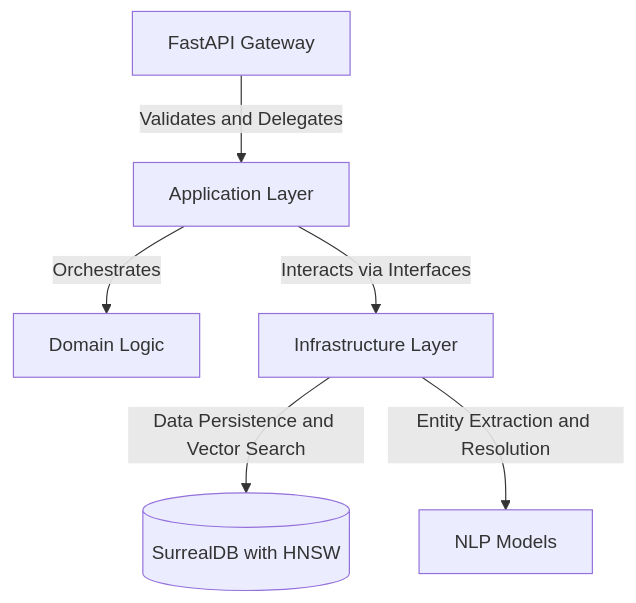
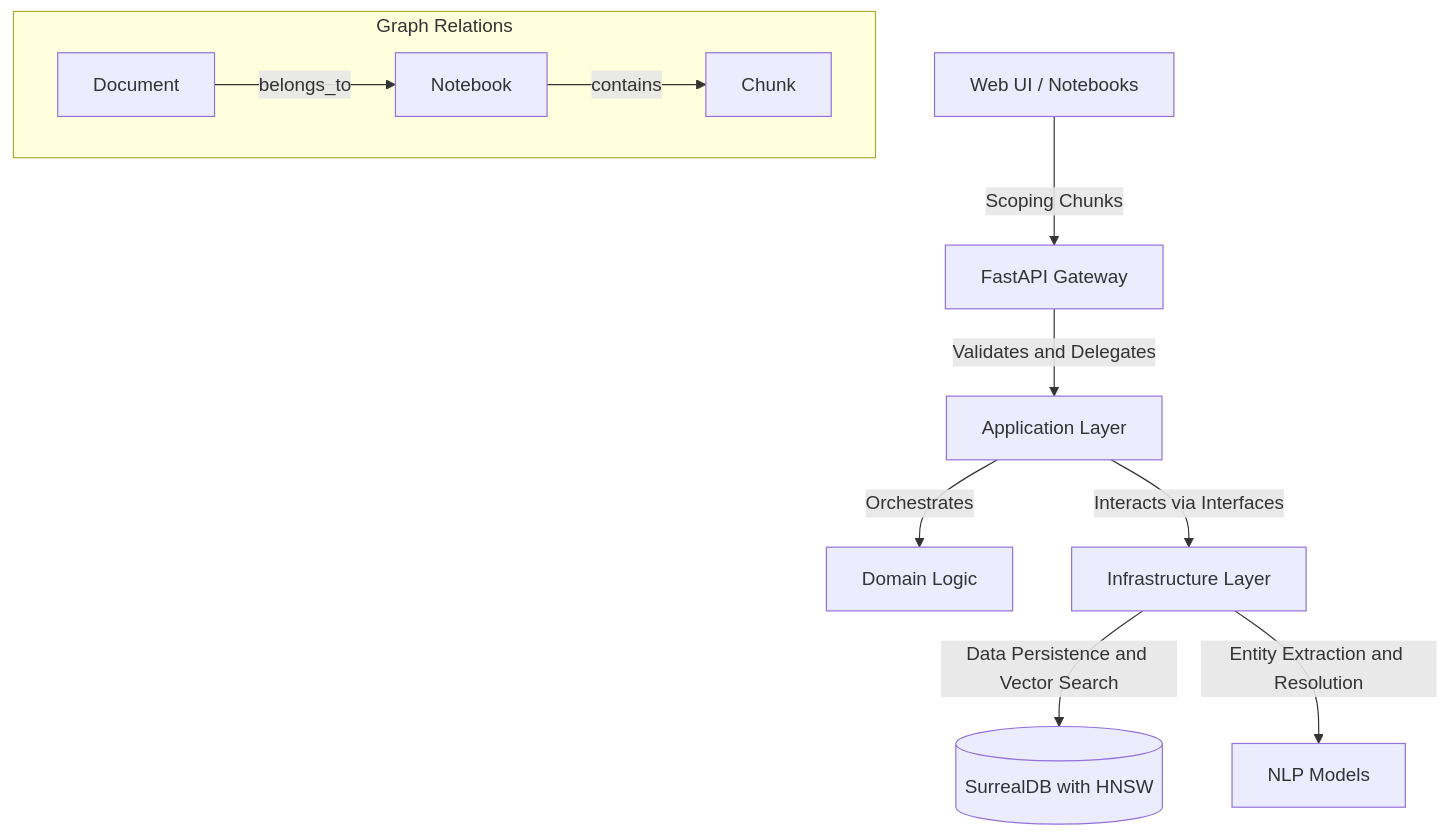
Before and after one commit to foersben/CodaCite: the diagram in docs/architecture.md, drawn with Mermaid. The commit also changed other lines of this file and 9 other files, not shown here.

````diff
--- a/docs/architecture.md
+++ b/docs/architecture.md
@@ -11,15 +15,22 @@
 ```mermaid
 graph TD
+    UI[Web UI / Notebooks]
     API[FastAPI Gateway]
     APP[Application Layer]
     DOMAIN[Domain Logic]
     INFRA[Infrastructure Layer]
     DB[(SurrealDB with HNSW)]
     MODELS[NLP Models]
 
+    UI -->|Scoping Chunks| API
     API -->|Validates and Delegates| APP
     APP -->|Orchestrates| DOMAIN
     APP -->|Interacts via Interfaces| INFRA
     INFRA -->|Data Persistence and Vector Search| DB
     INFRA -->|Entity Extraction and Resolution| MODELS
+    
+    subgraph "Graph Relations"
+        DOC[Document] -- belongs_to --> NB[Notebook]
+        NB -- contains --> CH[Chunk]
+    end
 ```
````
